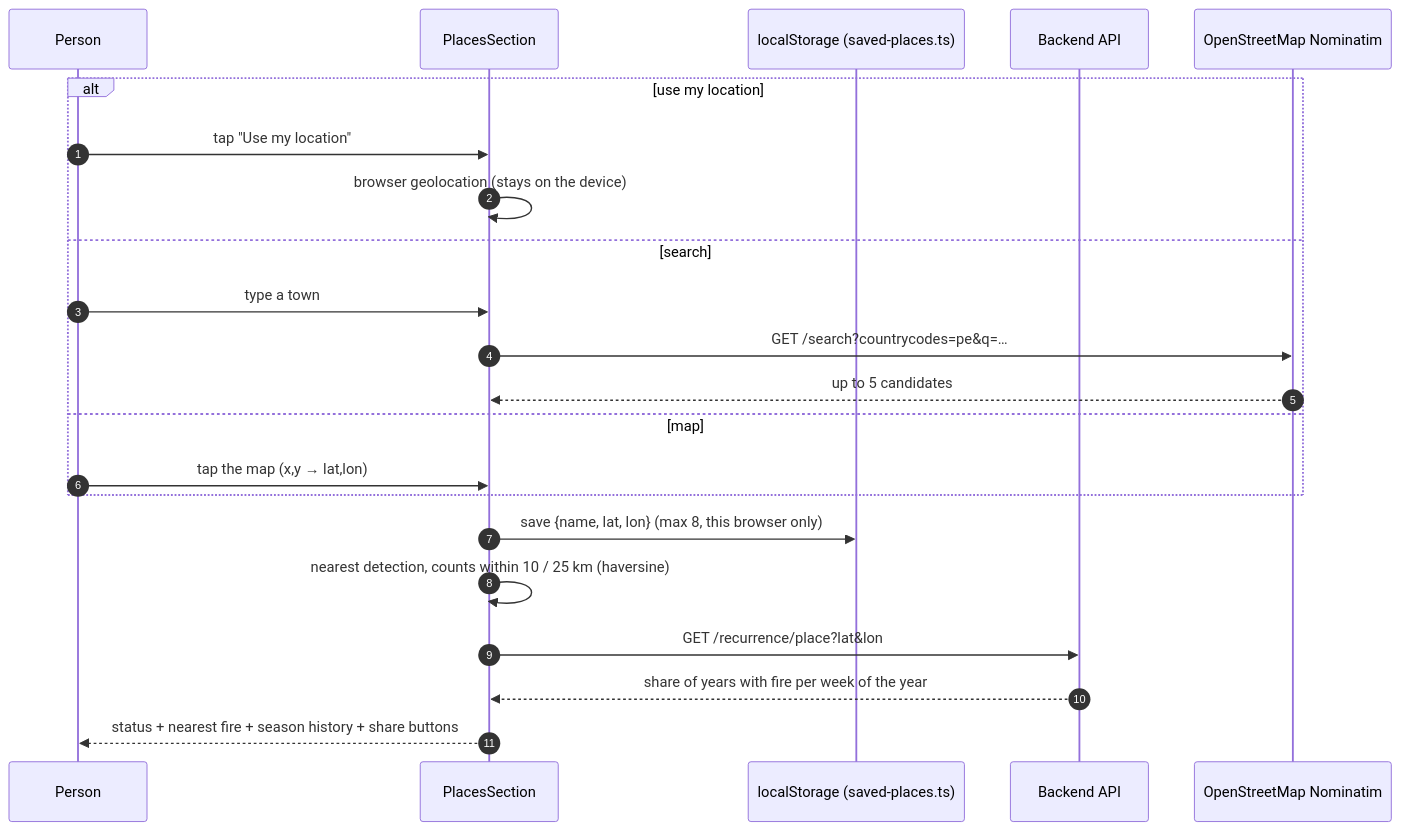
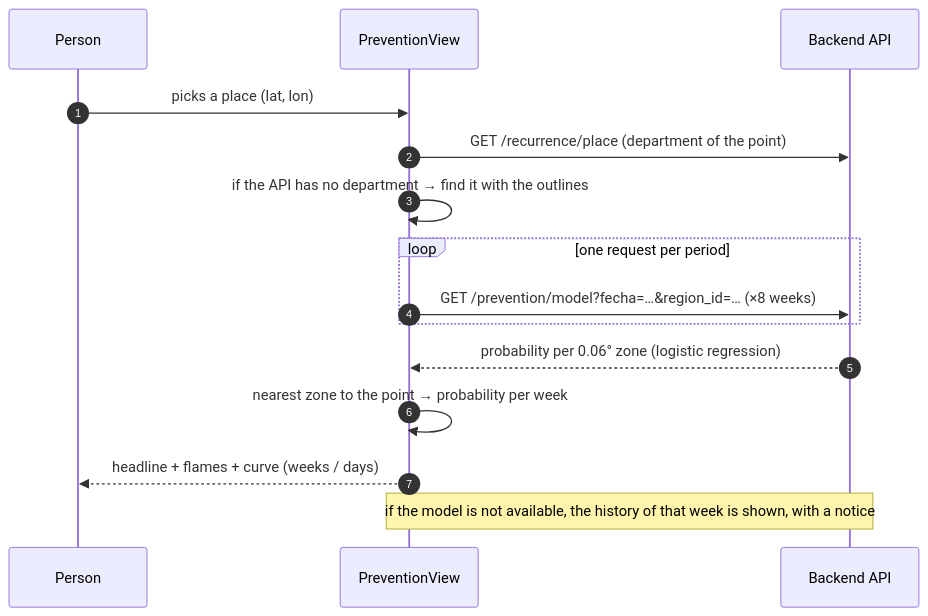
Before and after one commit to SebasHuaypar/Yakanas-NASA: the fifth of 11 diagrams in frontend/README.md, drawn with Mermaid. The commit also changed other lines of this file and 17 other files, not shown here.

````diff
--- a/frontend/README.md
+++ b/frontend/README.md
@@ -190,25 +220,17 @@
 ```mermaid
 sequenceDiagram
     autonumber
     participant U as Person
-    participant P as PlacesSection
-    participant LS as localStorage (saved-places.ts)
-    participant API as Backend API
-    participant OSM as OpenStreetMap Nominatim
-
-    alt use my location
-        U->>P: tap "Use my location"
-        P->>P: browser geolocation (stays on the device)
-    else search
-        U->>P: type a town
-        P->>OSM: GET /search?countrycodes=pe&q=…
-        OSM-->>P: up to 5 candidates
-    else map
-        U->>P: tap the map (x,y → lat,lon)
+    participant P as PreventionView
+    participant A as Backend API
+    U->>P: picks a place (lat, lon)
+    P->>A: GET /recurrence/place (department of the point)
+    P->>P: if the API has no department → find it with the outlines
+    loop one request per period
+        P->>A: GET /prevention/model?fecha=…&region_id=… (×8 weeks)
     end
-    P->>LS: save {name, lat, lon}  (max 8, this browser only)
-    P->>P: nearest detection, counts within 10 / 25 km (haversine)
-    P->>API: GET /recurrence/place?lat&lon
-    API-->>P: share of years with fire per week of the year
-    P-->>U: status + nearest fire + season history + share buttons
+    A-->>P: probability per 0.06° zone (logistic regression)
+    P->>P: nearest zone to the point → probability per week
+    P-->>U: headline + flames + curve (weeks / days)
+    Note over P,A: if the model is not available, the history of that week is shown, with a notice
 ```
````
